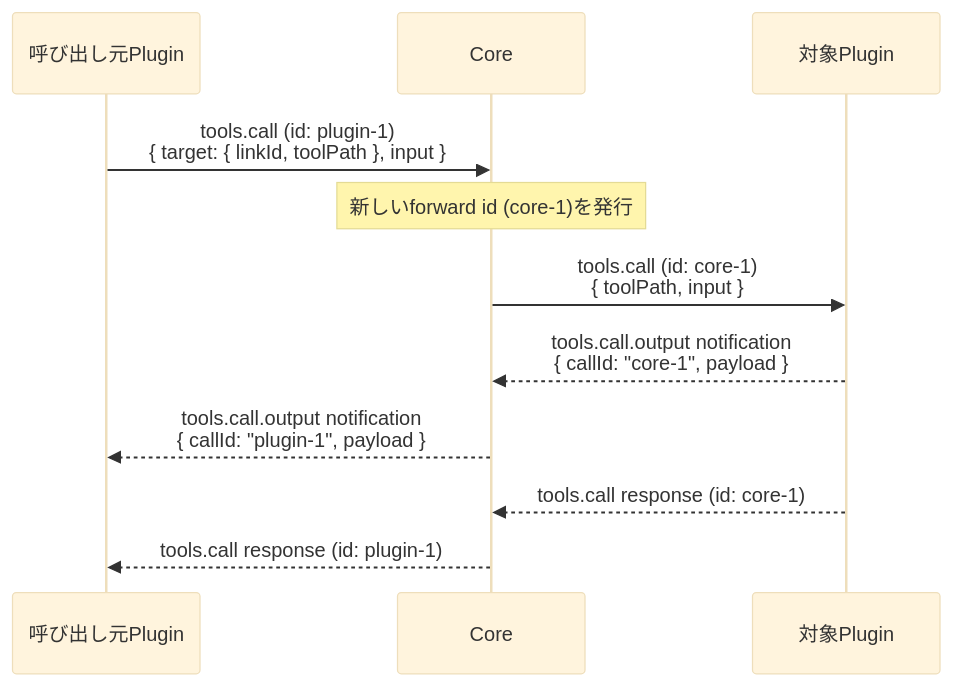
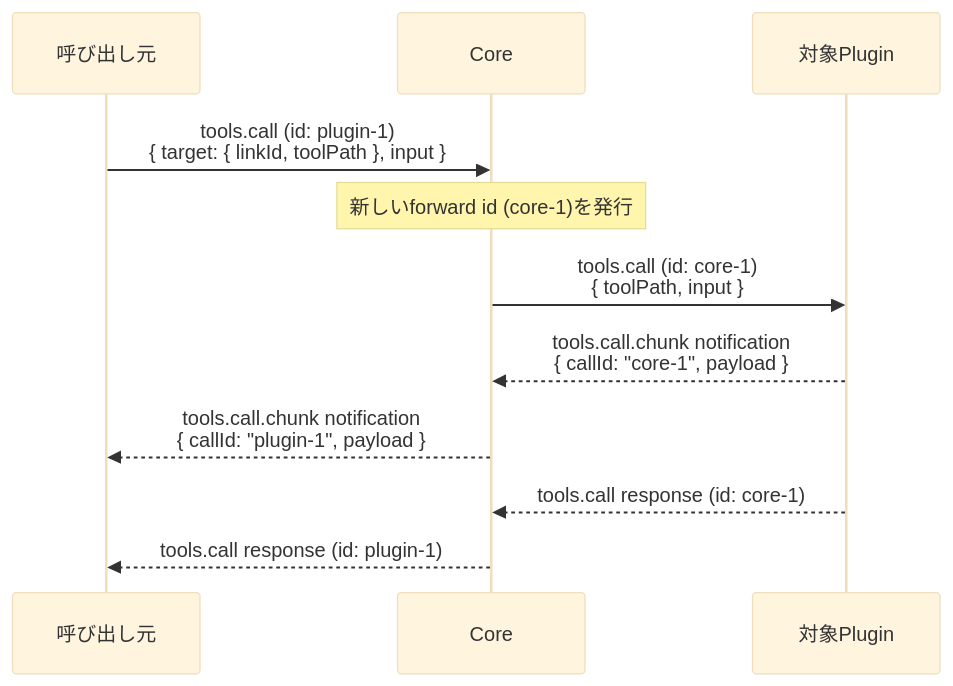
Before and after one commit to naatin777/plugumi: the first of 2 diagrams in docs/contracts/00003-tool-call.md, drawn with Mermaid (base theme). The commit also changed other lines of this file and 117 other files, not shown here.

````diff
--- a/docs/contracts/00003-tool-call.md
+++ b/docs/contracts/00003-tool-call.md
@@ -52,14 +57,14 @@
 ```mermaid
 sequenceDiagram
-    participant Caller as 呼び出し元Plugin
+    participant Caller as 呼び出し元
     participant Core
     participant Target as 対象Plugin
 
     Caller->>Core: tools.call (id: plugin-1)<br/>{ target: { linkId, toolPath }, input }
     Note over Core: 新しいforward id (core-1)を発行
     Core->>Target: tools.call (id: core-1)<br/>{ toolPath, input }
-    Target-->>Core: tools.call.output notification<br/>{ callId: "core-1", payload }
-    Core-->>Caller: tools.call.output notification<br/>{ callId: "plugin-1", payload }
+    Target-->>Core: tools.call.chunk notification<br/>{ callId: "core-1", payload }
+    Core-->>Caller: tools.call.chunk notification<br/>{ callId: "plugin-1", payload }
     Target-->>Core: tools.call response (id: core-1)
     Core-->>Caller: tools.call response (id: plugin-1)
 ```
````
